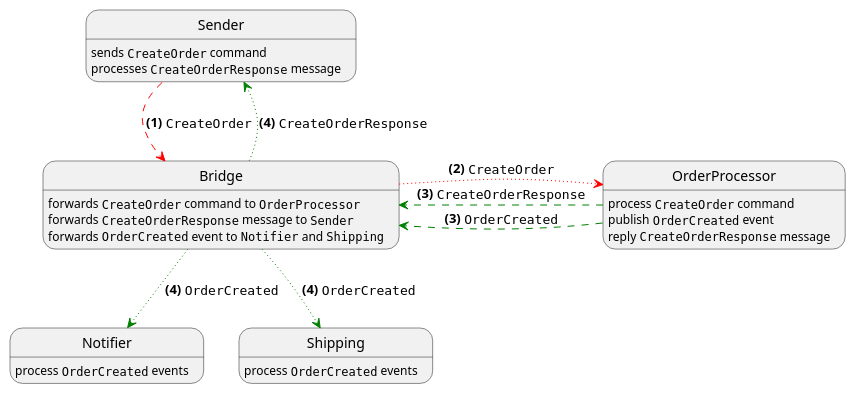
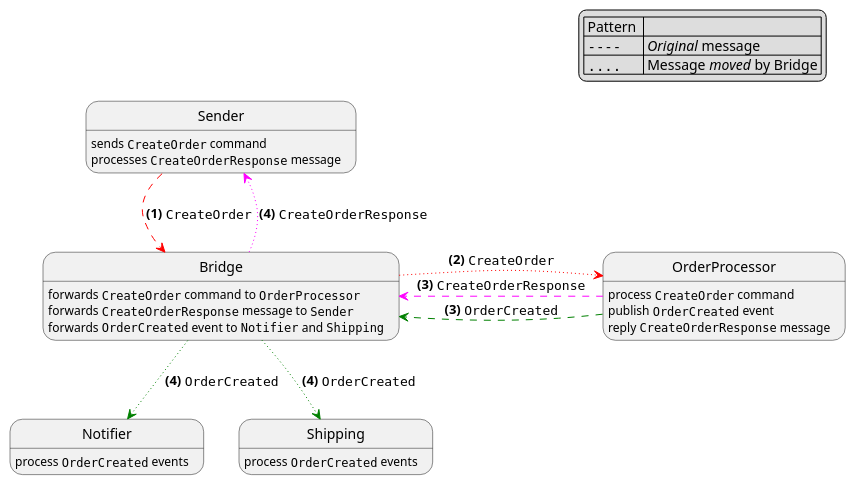
One commit to rioka/NsbBridgePlayground changed the second of 2 diagrams in README.md. Above: the diagram before and after it, drawn with PlantUML.

Commit message:
Small tweaks

````diff
--- a/README.md
+++ b/README.md
@@ -39,27 +39,33 @@
 ```puml
 @startuml
+
+legend top right
+| Pattern  | |
+| ""----"" | //Original// message        |
+| ""...."" | Message //moved// by Bridge |
+endlegend
 
 Sender: sends ""CreateOrder"" command
 Sender: processes ""CreateOrderResponse"" message
 
 Bridge: forwards ""CreateOrder"" command to ""OrderProcessor""
 Bridge: forwards ""CreateOrderResponse"" message to ""Sender""
 Bridge: forwards ""OrderCreated"" event to ""Notifier"" and ""Shipping""
 
 Sender -[#red,dashed]right-> Bridge : **(1)** ""CreateOrder""
 
 Bridge -[#red,dotted]right-> OrderProcessor : **(2)** ""CreateOrder""  
 
 OrderProcessor: process ""CreateOrder"" command
 OrderProcessor: publish ""OrderCreated"" event
 OrderProcessor: reply ""CreateOrderResponse"" message
 
 Notifier: process ""OrderCreated"" events
 Shipping: process ""OrderCreated"" events
-
+ 
 OrderProcessor -[#green,dashed]> Bridge : **(3)** ""OrderCreated""
-OrderProcessor -[#green,dashed]> Bridge : **(3)** ""CreateOrderResponse""
+OrderProcessor -[#magenta,dashed]> Bridge : **(3)** ""CreateOrderResponse""
 Bridge -[#green,dotted]-> Notifier : **(4)** ""OrderCreated""
 Bridge -[#green,dotted]-> Shipping : **(4)** ""OrderCreated""
-Bridge -[#green,dotted]-> Sender : **(4)** ""CreateOrderResponse""
+Bridge -[#magenta,dotted]-> Sender : **(4)** ""CreateOrderResponse""
 ```
````
